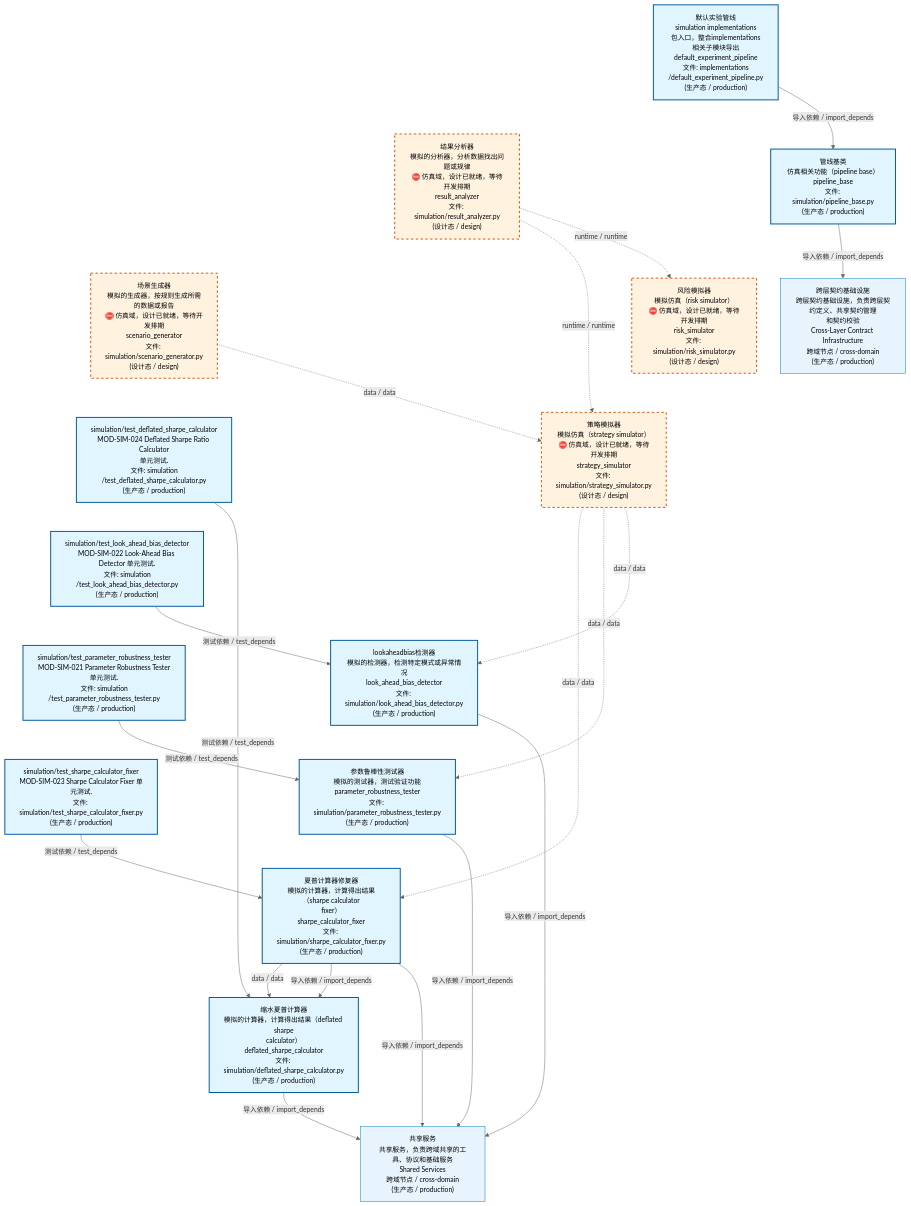
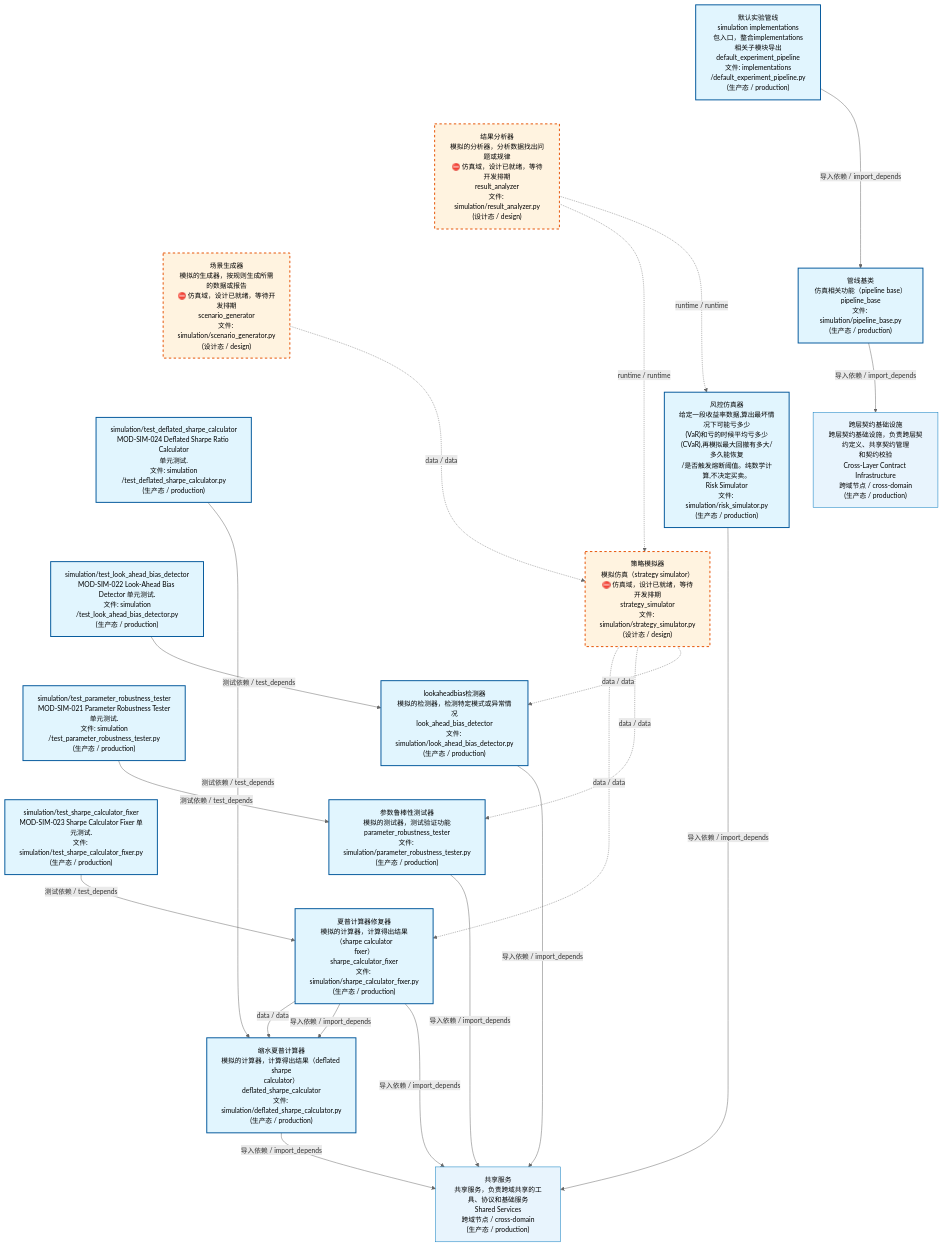
The first of 4 diagrams in docs/02_enterprise_architecture/02_domain_architecture_docs/70_d_simulation.md (xuanFelixVan/ZephyrAlpha), drawn with Mermaid before and after one commit. The commit also changed other lines of this file and 8 other files, not shown here.

````diff
--- a/docs/02_enterprise_architecture/02_domain_architecture_docs/70_d_simulation.md
+++ b/docs/02_enterprise_architecture/02_domain_architecture_docs/70_d_simulation.md
@@ -53,55 +53,56 @@
 ```mermaid
 %%{init: {'theme': 'base', 'themeVariables': {'primaryColor': '#eaeaea', 'primaryTextColor': '#333333', 'primaryBorderColor': '#666666', 'lineColor': '#666666', 'secondaryColor': '#eaeaea', 'tertiaryColor': '#eaeaea', 'fontSize': '14px'}}}%%
 flowchart TD
     src_zephyr_simulation_implementations_default_experiment_pipeline_py["默认实验管线<br/>simulation implementations<br/>包入口，整合implementations相关子模块导出<br/>default_experiment_pipeline<br/>文件: implementations<br/>/default_experiment_pipeline.py<br/>(生产态 / production)"]
     src_zephyr_simulation_result_analyzer_py["结果分析器<br/>模拟的分析器，分析数据找出问题或规律<br/>⛔ 仿真域，设计已就绪，等待开发排期<br/>result_analyzer<br/>文件: simulation/result_analyzer.py<br/>(设计态 / design)"]
     src_zephyr_simulation_scenario_generator_py["场景生成器<br/>模拟的生成器，按规则生成所需的数据或报告<br/>⛔ 仿真域，设计已就绪，等待开发排期<br/>scenario_generator<br/>文件: simulation/scenario_generator.py<br/>(设计态 / design)"]
     tests_simulation_test_deflated_sharpe_calculator_py["simulation/test_deflated_sharpe_calculator<br/>MOD-SIM-024 Deflated Sharpe Ratio Calculator<br/>单元测试.<br/>文件: simulation<br/>/test_deflated_sharpe_calculator.py<br/>(生产态 / production)"]
     tests_simulation_test_look_ahead_bias_detector_py["simulation/test_look_ahead_bias_detector<br/>MOD-SIM-022 Look-Ahead Bias Detector 单元测试.<br/>文件: simulation<br/>/test_look_ahead_bias_detector.py<br/>(生产态 / production)"]
     tests_simulation_test_parameter_robustness_tester_py["simulation/test_parameter_robustness_tester<br/>MOD-SIM-021 Parameter Robustness Tester<br/>单元测试.<br/>文件: simulation<br/>/test_parameter_robustness_tester.py<br/>(生产态 / production)"]
     tests_simulation_test_sharpe_calculator_fixer_py["simulation/test_sharpe_calculator_fixer<br/>MOD-SIM-023 Sharpe Calculator Fixer 单元测试.<br/>文件: simulation/test_sharpe_calculator_fixer.py<br/>(生产态 / production)"]
     src_zephyr_simulation_implementations_default_experiment_pipeline_py ~~~ src_zephyr_simulation_result_analyzer_py
     src_zephyr_simulation_result_analyzer_py ~~~ src_zephyr_simulation_scenario_generator_py
     src_zephyr_simulation_scenario_generator_py ~~~ tests_simulation_test_deflated_sharpe_calculator_py
     tests_simulation_test_deflated_sharpe_calculator_py ~~~ tests_simulation_test_look_ahead_bias_detector_py
     tests_simulation_test_look_ahead_bias_detector_py ~~~ tests_simulation_test_parameter_robustness_tester_py
     tests_simulation_test_parameter_robustness_tester_py ~~~ tests_simulation_test_sharpe_calculator_fixer_py
     src_zephyr_simulation_pipeline_base_py["管线基类<br/>仿真相关功能（pipeline base）<br/>pipeline_base<br/>文件: simulation/pipeline_base.py<br/>(生产态 / production)"]
-    src_zephyr_simulation_risk_simulator_py["风险模拟器<br/>模拟仿真（risk simulator）<br/>⛔ 仿真域，设计已就绪，等待开发排期<br/>risk_simulator<br/>文件: simulation/risk_simulator.py<br/>(设计态 / design)"]
+    src_zephyr_simulation_risk_simulator_py["风控仿真器<br/>给定一段收益率数据,算出最坏情况下可能亏多少<br/>(VaR)和亏的时候平均亏多少<br/>(CVaR),再模拟最大回撤有多大/多久能恢复<br/>/是否触发熔断阈值。纯数学计算,不决定买卖。<br/>Risk Simulator<br/>文件: simulation/risk_simulator.py<br/>(生产态 / production)"]
     src_zephyr_simulation_strategy_simulator_py["策略模拟器<br/>模拟仿真（strategy simulator）<br/>⛔ 仿真域，设计已就绪，等待开发排期<br/>strategy_simulator<br/>文件: simulation/strategy_simulator.py<br/>(设计态 / design)"]
     src_zephyr_simulation_pipeline_base_py ~~~ src_zephyr_simulation_risk_simulator_py
     src_zephyr_simulation_risk_simulator_py ~~~ src_zephyr_simulation_strategy_simulator_py
     src_zephyr_simulation_look_ahead_bias_detector_py["lookaheadbias检测器<br/>模拟的检测器，检测特定模式或异常情况<br/>look_ahead_bias_detector<br/>文件: simulation/look_ahead_bias_detector.py<br/>(生产态 / production)"]
     src_zephyr_simulation_parameter_robustness_tester_py["参数鲁棒性测试器<br/>模拟的测试器，测试验证功能<br/>parameter_robustness_tester<br/>文件: simulation/parameter_robustness_tester.py<br/>(生产态 / production)"]
     src_zephyr_simulation_sharpe_calculator_fixer_py["夏普计算器修复器<br/>模拟的计算器，计算得出结果（sharpe calculator<br/>fixer）<br/>sharpe_calculator_fixer<br/>文件: simulation/sharpe_calculator_fixer.py<br/>(生产态 / production)"]
     src_zephyr_simulation_look_ahead_bias_detector_py ~~~ src_zephyr_simulation_parameter_robustness_tester_py
     src_zephyr_simulation_parameter_robustness_tester_py ~~~ src_zephyr_simulation_sharpe_calculator_fixer_py
     src_zephyr_simulation_deflated_sharpe_calculator_py["缩水夏普计算器<br/>模拟的计算器，计算得出结果（deflated sharpe<br/>calculator）<br/>deflated_sharpe_calculator<br/>文件: simulation/deflated_sharpe_calculator.py<br/>(生产态 / production)"]
     src_zephyr_simulation_strategy_simulator_py -.->|data / data| src_zephyr_simulation_sharpe_calculator_fixer_py
     src_zephyr_simulation_strategy_simulator_py -.->|data / data| src_zephyr_simulation_parameter_robustness_tester_py
     src_zephyr_simulation_strategy_simulator_py -.->|data / data| src_zephyr_simulation_look_ahead_bias_detector_py
     src_zephyr_simulation_scenario_generator_py -.->|data / data| src_zephyr_simulation_strategy_simulator_py
     src_zephyr_simulation_result_analyzer_py -.->|runtime / runtime| src_zephyr_simulation_strategy_simulator_py
     src_zephyr_simulation_result_analyzer_py -.->|runtime / runtime| src_zephyr_simulation_risk_simulator_py
     src_zephyr_simulation_sharpe_calculator_fixer_py -->|data / data| src_zephyr_simulation_deflated_sharpe_calculator_py
     src_zephyr_simulation_sharpe_calculator_fixer_py -->|导入依赖 / import_depends| src_zephyr_simulation_deflated_sharpe_calculator_py
     src_zephyr_simulation_implementations_default_experiment_pipeline_py -->|导入依赖 / import_depends| src_zephyr_simulation_pipeline_base_py
     tests_simulation_test_deflated_sharpe_calculator_py -->|测试依赖 / test_depends| src_zephyr_simulation_deflated_sharpe_calculator_py
     tests_simulation_test_sharpe_calculator_fixer_py -->|测试依赖 / test_depends| src_zephyr_simulation_sharpe_calculator_fixer_py
     tests_simulation_test_look_ahead_bias_detector_py -->|测试依赖 / test_depends| src_zephyr_simulation_look_ahead_bias_detector_py
     tests_simulation_test_parameter_robustness_tester_py -->|测试依赖 / test_depends| src_zephyr_simulation_parameter_robustness_tester_py
     D_SHARED["共享服务<br/>共享服务，负责跨域共享的工具、协议和基础服务<br/>Shared Services<br/>跨域节点 / cross-domain<br/>(生产态 / production)"]
+    src_zephyr_simulation_risk_simulator_py -->|导入依赖 / import_depends| D_SHARED
     src_zephyr_simulation_deflated_sharpe_calculator_py -->|导入依赖 / import_depends| D_SHARED
     src_zephyr_simulation_sharpe_calculator_fixer_py -->|导入依赖 / import_depends| D_SHARED
     src_zephyr_simulation_parameter_robustness_tester_py -->|导入依赖 / import_depends| D_SHARED
     src_zephyr_simulation_look_ahead_bias_detector_py -->|导入依赖 / import_depends| D_SHARED
     D_INFRASTRUCTURE["跨层契约基础设施<br/>跨层契约基础设施，负责跨层契约定义、共享契约管理<br/>和契约校验<br/>Cross-Layer Contract Infrastructure<br/>跨域节点 / cross-domain<br/>(生产态 / production)"]
     src_zephyr_simulation_pipeline_base_py -->|导入依赖 / import_depends| D_INFRASTRUCTURE
     classDef production fill:#e1f5fe,stroke:#01579b,stroke-width:2px,color:#000
     classDef design fill:#fff3e0,stroke:#e65100,stroke-width:2px,color:#000,stroke-dasharray: 5 5
     classDef external_prod fill:#e8f4fd,stroke:#0277bd,stroke-width:1px,color:#000
     classDef external_design fill:#fff8e7,stroke:#ef6c00,stroke-width:1px,color:#000,stroke-dasharray: 5 5
-    class src_zephyr_simulation_deflated_sharpe_calculator_py,src_zephyr_simulation_implementations_default_experiment_pipeline_py,src_zephyr_simulation_look_ahead_bias_detector_py,src_zephyr_simulation_parameter_robustness_tester_py,src_zephyr_simulation_pipeline_base_py,src_zephyr_simulation_sharpe_calculator_fixer_py,tests_simulation_test_deflated_sharpe_calculator_py,tests_simulation_test_look_ahead_bias_detector_py,tests_simulation_test_parameter_robustness_tester_py,tests_simulation_test_sharpe_calculator_fixer_py production
-    class src_zephyr_simulation_result_analyzer_py,src_zephyr_simulation_risk_simulator_py,src_zephyr_simulation_scenario_generator_py,src_zephyr_simulation_strategy_simulator_py design
+    class src_zephyr_simulation_deflated_sharpe_calculator_py,src_zephyr_simulation_implementations_default_experiment_pipeline_py,src_zephyr_simulation_look_ahead_bias_detector_py,src_zephyr_simulation_parameter_robustness_tester_py,src_zephyr_simulation_pipeline_base_py,src_zephyr_simulation_risk_simulator_py,src_zephyr_simulation_sharpe_calculator_fixer_py,tests_simulation_test_deflated_sharpe_calculator_py,tests_simulation_test_look_ahead_bias_detector_py,tests_simulation_test_parameter_robustness_tester_py,tests_simulation_test_sharpe_calculator_fixer_py production
+    class src_zephyr_simulation_result_analyzer_py,src_zephyr_simulation_scenario_generator_py,src_zephyr_simulation_strategy_simulator_py design
     class D_SHARED,D_INFRASTRUCTURE external_prod
 ```
````
